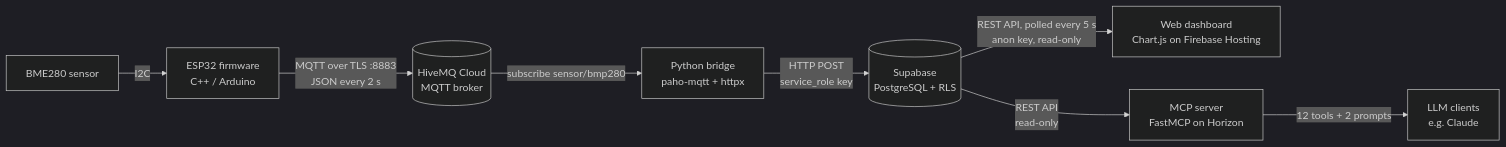
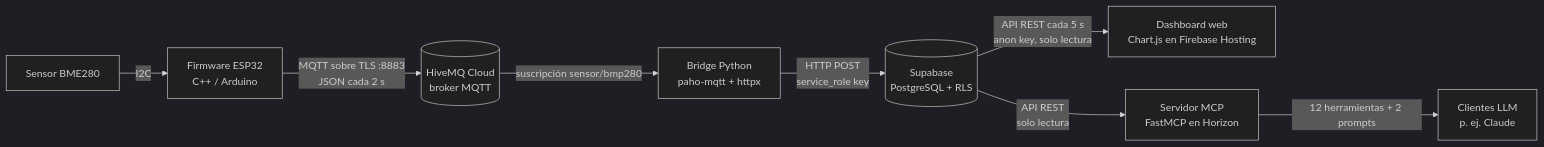
One commit to marcomuoz56-dev/estacion-meteorologica-iot changed the diagram in README.es.md. Above: the diagram before and after it, drawn with Mermaid (dark theme). The commit also changed other lines of this file, not shown here.

````diff
--- a/README.es.md
+++ b/README.es.md
@@ -16,10 +16,10 @@
 ```mermaid
 flowchart LR
-    S[BME280 sensor] -- I2C --> E[ESP32 firmware<br/>C++ / Arduino]
-    E -- "MQTT over TLS :8883<br/>JSON every 2 s" --> B[(HiveMQ Cloud<br/>MQTT broker)]
-    B -- "subscribe sensor/bmp280" --> P[Python bridge<br/>paho-mqtt + httpx]
+    S[Sensor BME280] -- I2C --> E[Firmware ESP32<br/>C++ / Arduino]
+    E -- "MQTT sobre TLS :8883<br/>JSON cada 2 s" --> B[(HiveMQ Cloud<br/>broker MQTT)]
+    B -- "suscripción sensor/bmp280" --> P[Bridge Python<br/>paho-mqtt + httpx]
     P -- "HTTP POST<br/>service_role key" --> DB[(Supabase<br/>PostgreSQL + RLS)]
-    DB -- "REST API, polled every 5 s<br/>anon key, read-only" --> D[Web dashboard<br/>Chart.js on Firebase Hosting]
-    DB -- "REST API<br/>read-only" --> M[MCP server<br/>FastMCP on Horizon]
-    M -- "12 tools + 2 prompts" --> L[LLM clients<br/>e.g. Claude]
+    DB -- "API REST cada 5 s<br/>anon key, solo lectura" --> D[Dashboard web<br/>Chart.js en Firebase Hosting]
+    DB -- "API REST<br/>solo lectura" --> M[Servidor MCP<br/>FastMCP en Horizon]
+    M -- "12 herramientas + 2 prompts" --> L[Clientes LLM<br/>p. ej. Claude]
 ```
````
